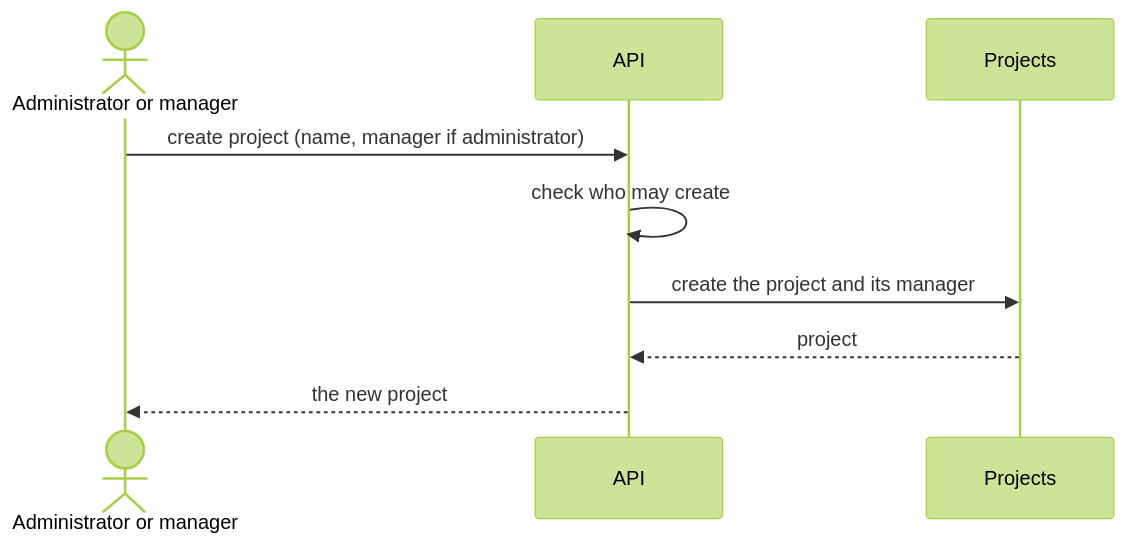
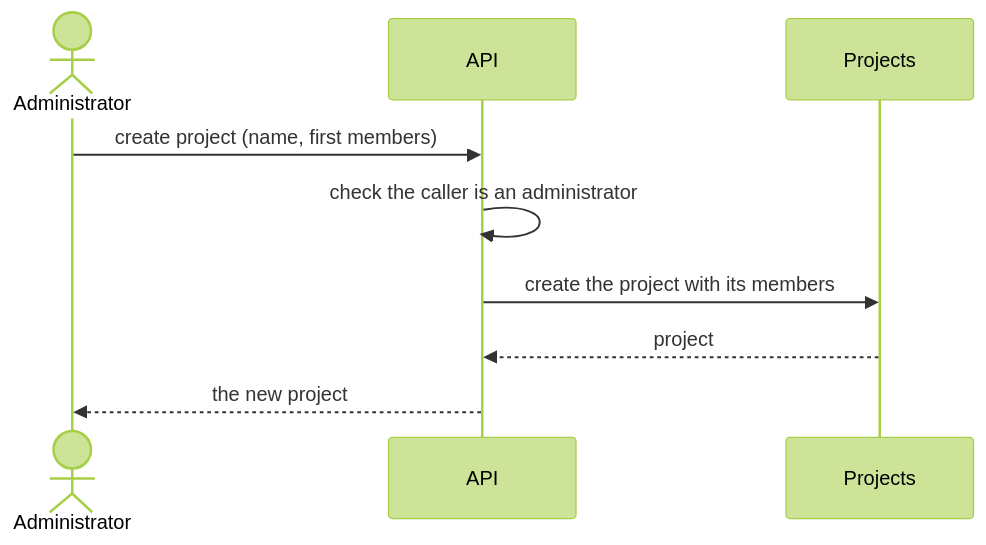
The diagram in docs/usecases/UC-P1-create-a-project.md (Thommans-Playground/playground-keycloak), drawn with Mermaid (forest theme) before and after one commit. The commit also changed other lines of this file and 13 other files, not shown here.

````diff
--- a/docs/usecases/UC-P1-create-a-project.md
+++ b/docs/usecases/UC-P1-create-a-project.md
@@ -165,11 +144,11 @@
 ```mermaid
 sequenceDiagram
-    actor U as Administrator or manager
+    actor U as Administrator
     participant A as API
     participant P as Projects
-    U->>A: create project (name, manager if administrator)
-    A->>A: check who may create
-    A->>P: create the project and its manager
+    U->>A: create project (name, first members)
+    A->>A: check the caller is an administrator
+    A->>P: create the project with its members
     P-->>A: project
     A-->>U: the new project
 ```
````
